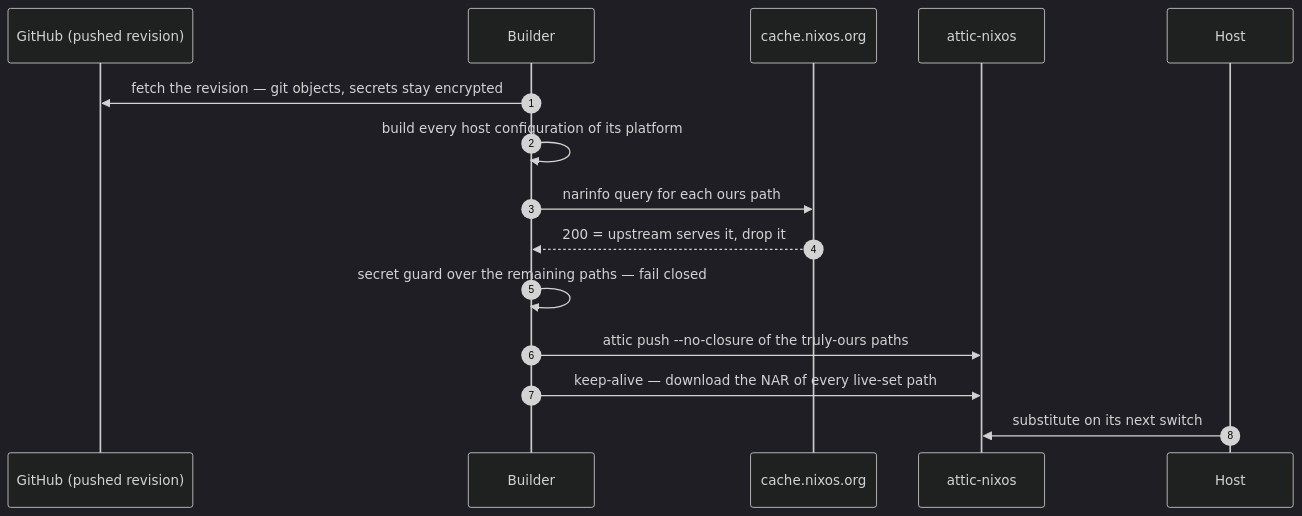
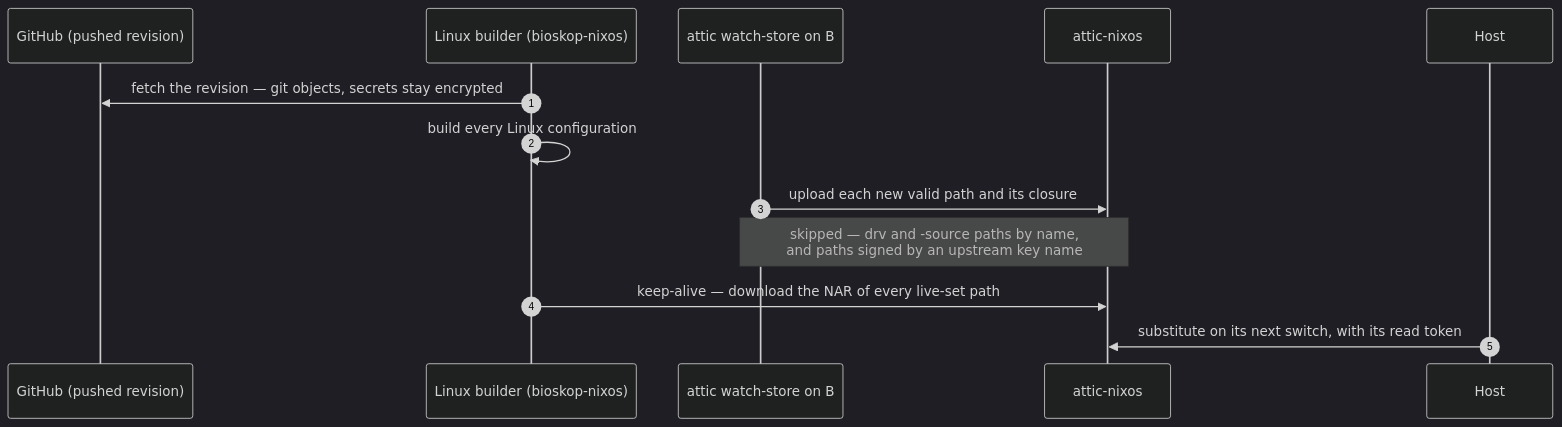
One commit to seedmatic/ndh changed the second of 5 diagrams in docs/private-binary-cache-spec.adoc. Above: the diagram before and after it, drawn with Mermaid (dark theme). The commit also changed other lines of this file and 1 other file, not shown here.

```diff
--- a/docs/private-binary-cache-spec.adoc
+++ b/docs/private-binary-cache-spec.adoc
@@ -227,18 +279,16 @@
 [mermaid]
 ....
 sequenceDiagram
   autonumber
   participant G as GitHub (pushed revision)
-  participant B as Builder
-  participant U as cache.nixos.org
+  participant B as Linux builder (bioskop-nixos)
+  participant W as attic watch-store on B
   participant A as attic-nixos
   participant H as Host
   B->>G: fetch the revision — git objects, secrets stay encrypted
-  B->>B: build every host configuration of its platform
-  B->>U: narinfo query for each ours path
-  U-->>B: 200 = upstream serves it, drop it
-  B->>B: secret guard over the remaining paths — fail closed
-  B->>A: attic push --no-closure of the truly-ours paths
+  B->>B: build every Linux configuration
+  W->>A: upload each new valid path and its closure
+  Note over W,A: skipped — drv and -source paths by name,<br/>and paths signed by an upstream key name
   B->>A: keep-alive — download the NAR of every live-set path
-  H->>A: substitute on its next switch
+  H->>A: substitute on its next switch, with its read token
 ....
```
